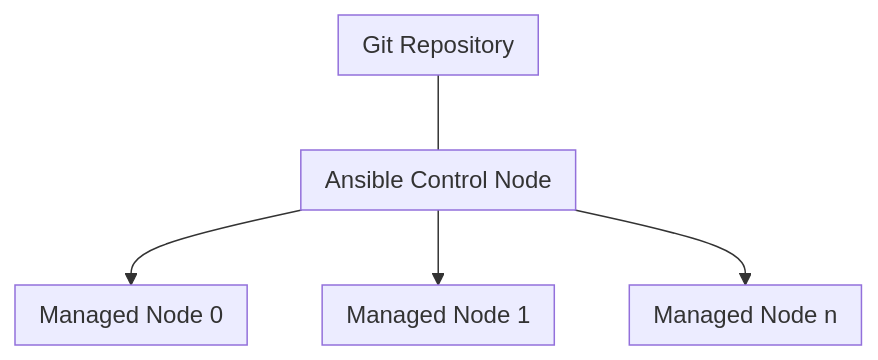
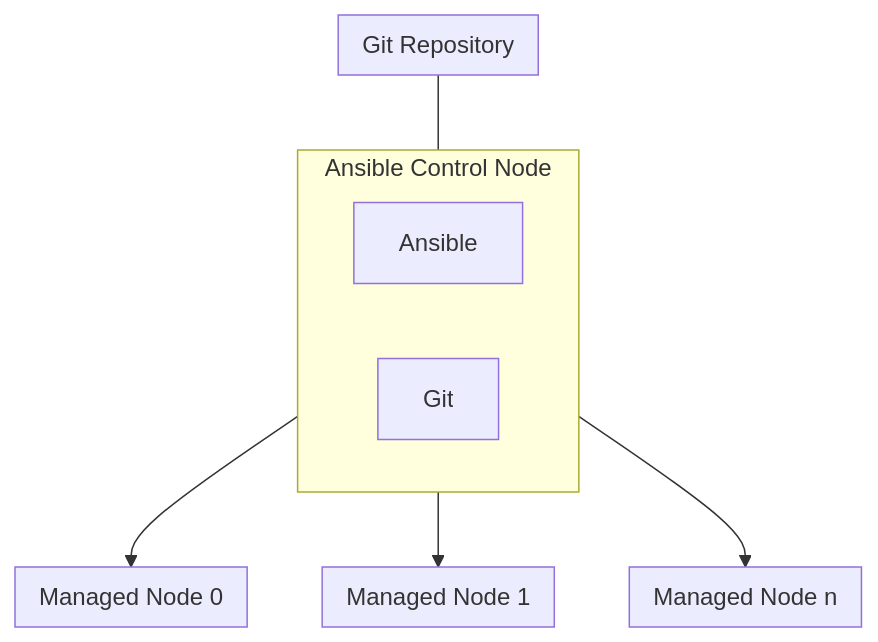
Before and after one commit to shekar-balgobin/Ansible-Bootstrap: the diagram in README.md, drawn with Mermaid. The commit also changed other lines of this file and 3 other files, not shown here.

````diff
--- a/README.md
+++ b/README.md
@@ -5,22 +5,24 @@
 ``` mermaid
 flowchart
     subgraph GR[Git Repository]
     end
 
     subgraph ACN[Ansible Control Node]
+        A[Ansible]
+        G[Git]
     end
 
     subgraph MN0[Managed Node 0]
     end
 
     subgraph MN1[Managed Node 1]
     end
 
     subgraph MNN[Managed Node n]
     end
 
     ACN-->MN0
     ACN-->MN1
     ACN-->MNN
     GR---ACN
 ```
````
